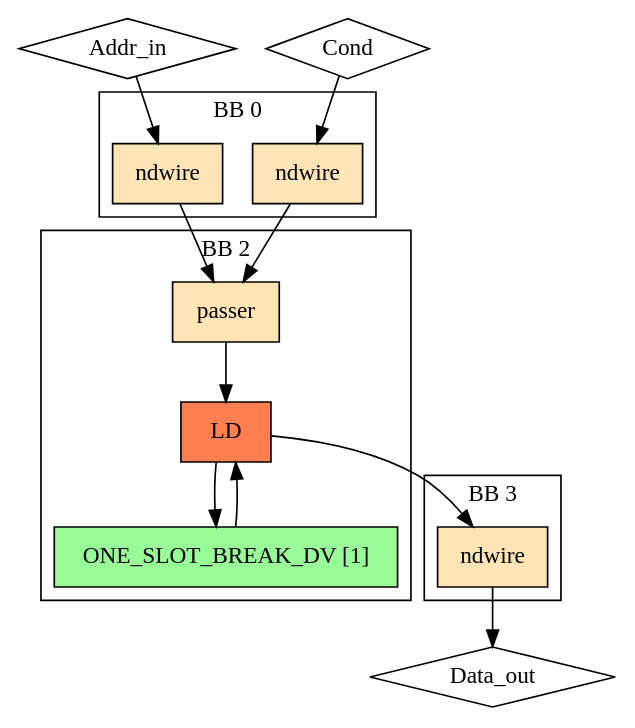
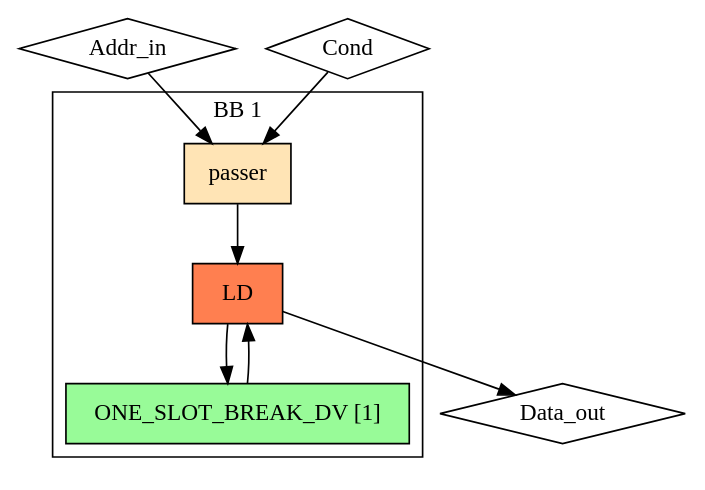
The diagram in experimental/tools/elastic-miter/out/sup_load/lhs_reachability/model.dot (EPFL-LAP/dynamatic), drawn with Graphviz before and after one commit. The commit also changed 932 other files, not shown here.

```diff
--- a/experimental/tools/elastic-miter/out/sup_load/lhs_reachability/model.dot
+++ b/experimental/tools/elastic-miter/out/sup_load/lhs_reachability/model.dot
@@ -1,31 +1,19 @@
 Digraph G {
   splines=spline
   compound=true
   "Addr_in" ["style"="solid", "shape"="diamond", "label"="Addr_in", "mlir_op"="handshake.func"]
   "Cond" ["style"="solid", "shape"="diamond", "label"="Cond", "mlir_op"="handshake.func"]
   "Data_out" ["style"="solid", "shape"="diamond", "label"="Data_out", "mlir_op"="handshake.func"]
-  "Addr_in" -> "ndw_in_Addr_in" ["dir"="both", "style"="solid", "arrowhead"="normal", "from_idx"="0", "to"="ins", "arrowtail"="none", "from"="Addr_in", "to_idx"="0"]
-  "Cond" -> "ndw_in_Cond" ["dir"="both", "style"="solid", "arrowhead"="normal", "from_idx"="1", "to"="ins", "arrowtail"="none", "from"="Cond", "to_idx"="0"]
-  "ndw_in_Addr_in" -> "passer" ["dir"="both", "style"="solid", "arrowhead"="normal", "from_idx"="0", "to"="data", "arrowtail"="none", "from"="outs", "to_idx"="0"]
-  "ndw_in_Cond" -> "passer" ["dir"="both", "style"="solid", "arrowhead"="normal", "from_idx"="0", "to"="ctrl", "arrowtail"="none", "from"="outs", "to_idx"="1"]
-  "ndw_out_Data_out" -> "Data_out" ["dir"="both", "style"="solid", "arrowhead"="normal", "from_idx"="0", "to"="Data_out", "arrowtail"="none", "from"="outs", "to_idx"="0"]
-  "load0" -> "ndw_out_Data_out" ["dir"="both", "style"="solid", "arrowhead"="normal", "from_idx"="1", "to"="ins", "arrowtail"="none", "from"="dataOut", "to_idx"="0"]
-  subgraph cluster0 {
-    graph ["label"="BB 0"]
-    "ndw_in_Addr_in" ["style"="filled", "fillcolor"="moccasin", "shape"="box", "label"="ndwire", "mlir_op"="handshake.ndwire"]
-    "ndw_in_Cond" ["style"="filled", "fillcolor"="moccasin", "shape"="box", "label"="ndwire", "mlir_op"="handshake.ndwire"]
-  }
-  subgraph cluster3 {
-    graph ["label"="BB 3"]
-    "ndw_out_Data_out" ["style"="filled", "fillcolor"="moccasin", "shape"="box", "label"="ndwire", "mlir_op"="handshake.ndwire"]
-  }
-  subgraph cluster2 {
-    graph ["label"="BB 2"]
+  "Addr_in" -> "passer" ["dir"="both", "style"="solid", "arrowhead"="normal", "from_idx"="0", "to"="data", "arrowtail"="none", "from"="Addr_in", "to_idx"="0"]
+  "Cond" -> "passer" ["dir"="both", "style"="solid", "arrowhead"="normal", "from_idx"="1", "to"="ctrl", "arrowtail"="none", "from"="Cond", "to_idx"="1"]
+  "load0" -> "Data_out" ["dir"="both", "style"="solid", "arrowhead"="normal", "from_idx"="1", "to"="Data_out", "arrowtail"="none", "from"="dataOut", "to_idx"="0"]
+  subgraph cluster1 {
+    graph ["label"="BB 1"]
     "passer" ["style"="filled", "fillcolor"="moccasin", "shape"="box", "label"="passer", "mlir_op"="handshake.passer"]
     "load0" ["style"="filled", "fillcolor"="coral", "shape"="box", "label"="LD", "mlir_op"="handshake.load"]
     "mc_buffer" ["style"="filled", "fillcolor"="palegreen", "shape"="box", "label"="ONE_SLOT_BREAK_DV [1]", "mlir_op"="handshake.buffer"]
     "passer" -> "load0" ["dir"="both", "style"="solid", "arrowhead"="normal", "from_idx"="0", "to"="addrIn", "arrowtail"="none", "from"="result", "to_idx"="0"]
     "load0" -> "mc_buffer" ["dir"="both", "style"="solid", "arrowhead"="normal", "from_idx"="0", "to"="ins", "arrowtail"="none", "from"="addrOut", "to_idx"="0"]
     "mc_buffer" -> "load0" ["dir"="both", "style"="solid", "arrowhead"="normal", "from_idx"="0", "to"="dataFromMem", "arrowtail"="none", "from"="outs", "to_idx"="1"]
   }
 }
```
